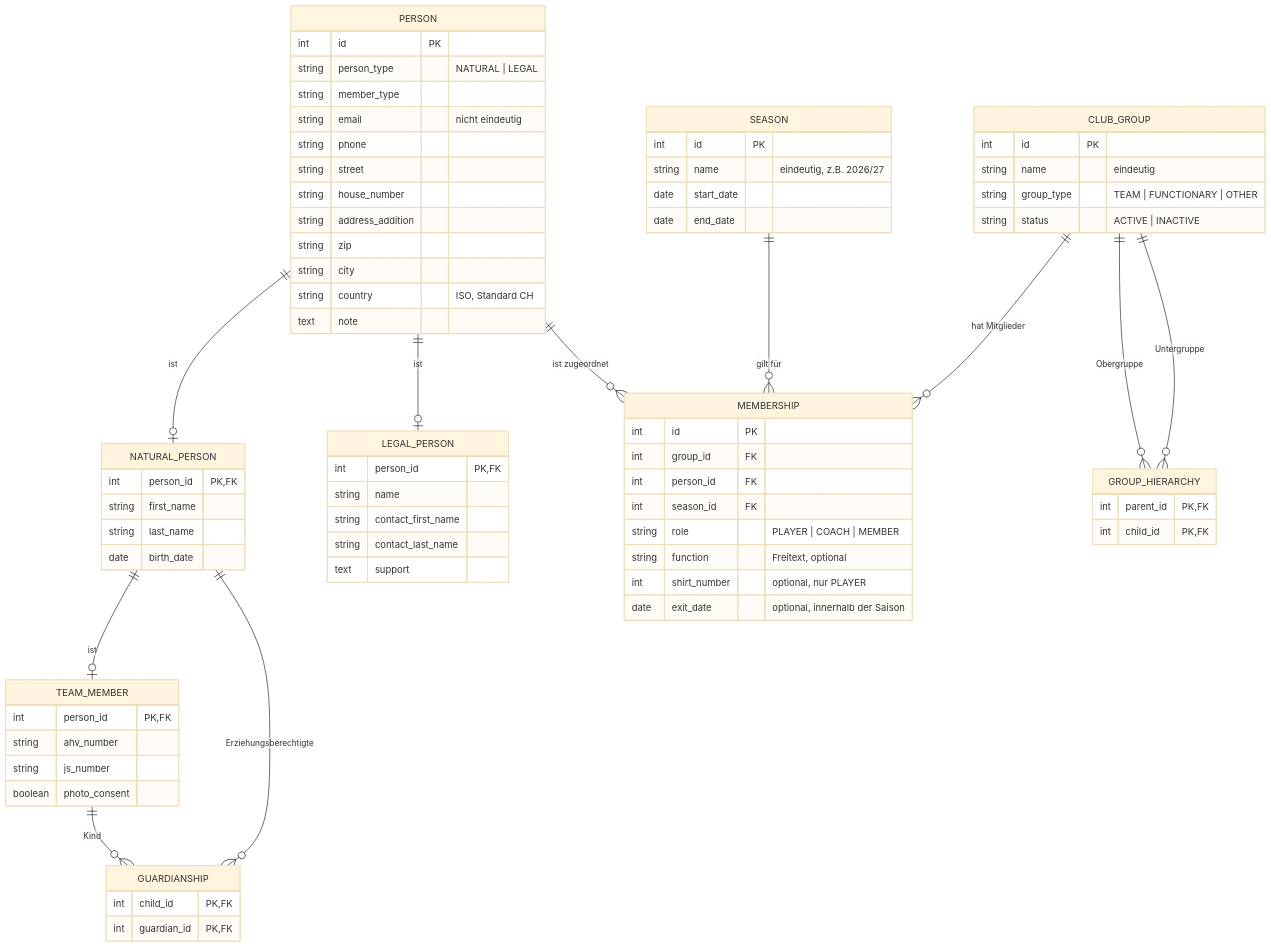
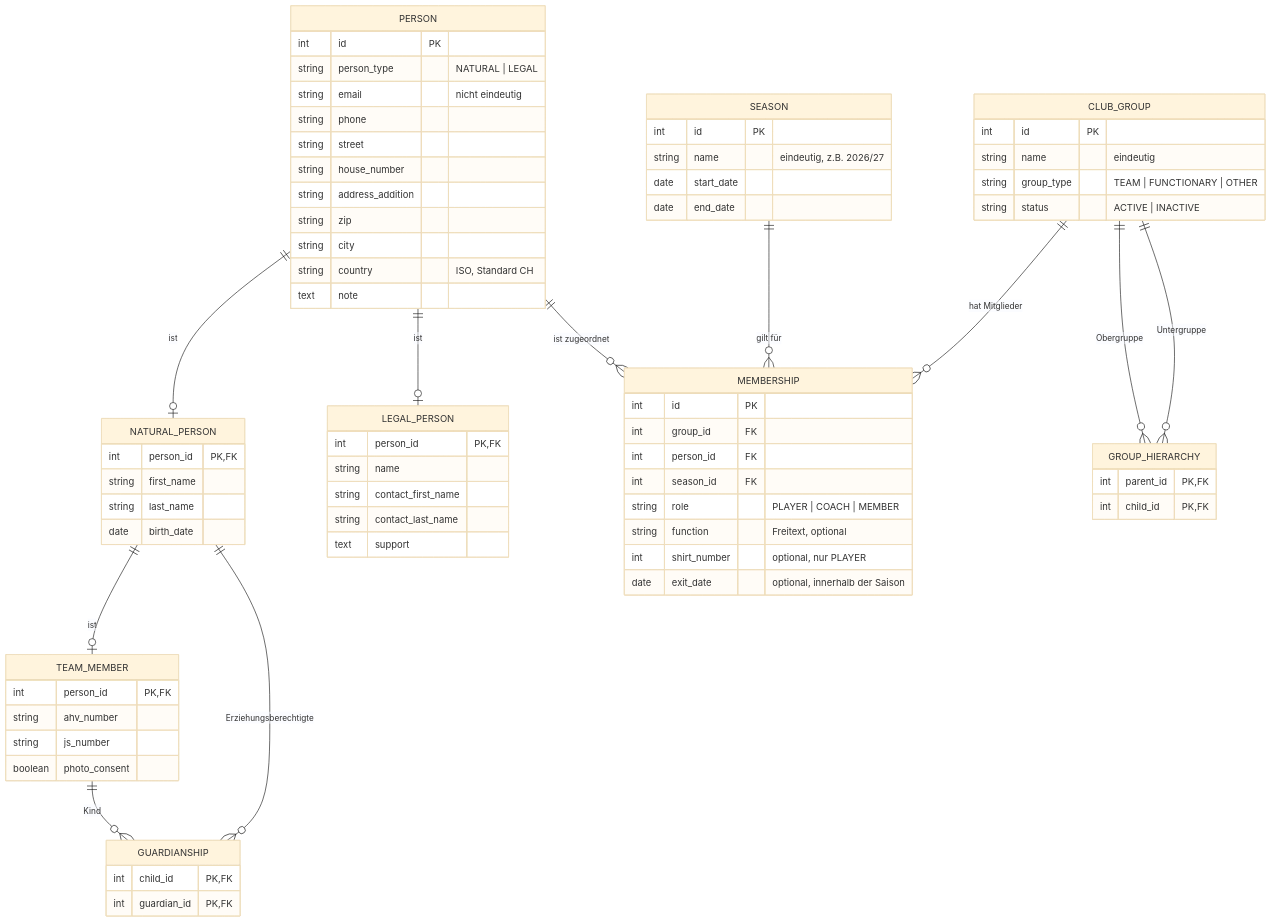
One commit to ghwalin/clubhuesli changed the diagram in specifications/diagrams/sprint1_erm.mmd. Above: the diagram before and after it, drawn with Mermaid (base theme). The commit also changed 42 other files, not shown here.

```diff
--- a/specifications/diagrams/sprint1_erm.mmd
+++ b/specifications/diagrams/sprint1_erm.mmd
@@ -1,75 +1,74 @@
 erDiagram
     PERSON ||--o| NATURAL_PERSON : "ist"
     PERSON ||--o| LEGAL_PERSON : "ist"
     NATURAL_PERSON ||--o| TEAM_MEMBER : "ist"
     TEAM_MEMBER ||--o{ GUARDIANSHIP : "Kind"
     NATURAL_PERSON ||--o{ GUARDIANSHIP : "Erziehungsberechtigte"
     PERSON ||--o{ MEMBERSHIP : "ist zugeordnet"
     CLUB_GROUP ||--o{ MEMBERSHIP : "hat Mitglieder"
     SEASON ||--o{ MEMBERSHIP : "gilt für"
     CLUB_GROUP ||--o{ GROUP_HIERARCHY : "Obergruppe"
     CLUB_GROUP ||--o{ GROUP_HIERARCHY : "Untergruppe"
 
     PERSON {
         int id PK
         string person_type "NATURAL | LEGAL"
-        string member_type
         string email "nicht eindeutig"
         string phone
         string street
         string house_number
         string address_addition
         string zip
         string city
         string country "ISO, Standard CH"
         text note
     }
     NATURAL_PERSON {
         int person_id PK, FK
         string first_name
         string last_name
         date birth_date
     }
     TEAM_MEMBER {
         int person_id PK, FK
         string ahv_number
         string js_number
         boolean photo_consent
     }
     LEGAL_PERSON {
         int person_id PK, FK
         string name
         string contact_first_name
         string contact_last_name
         text support
     }
     GUARDIANSHIP {
         int child_id PK, FK
         int guardian_id PK, FK
     }
     SEASON {
         int id PK
         string name "eindeutig, z.B. 2026/27"
         date start_date
         date end_date
     }
     CLUB_GROUP {
         int id PK
         string name "eindeutig"
         string group_type "TEAM | FUNCTIONARY | OTHER"
         string status "ACTIVE | INACTIVE"
     }
     GROUP_HIERARCHY {
         int parent_id PK, FK
         int child_id PK, FK
     }
     MEMBERSHIP {
         int id PK
         int group_id FK
         int person_id FK
         int season_id FK
         string role "PLAYER | COACH | MEMBER"
         string function "Freitext, optional"
         int shirt_number "optional, nur PLAYER"
         date exit_date "optional, innerhalb der Saison"
     }
```
